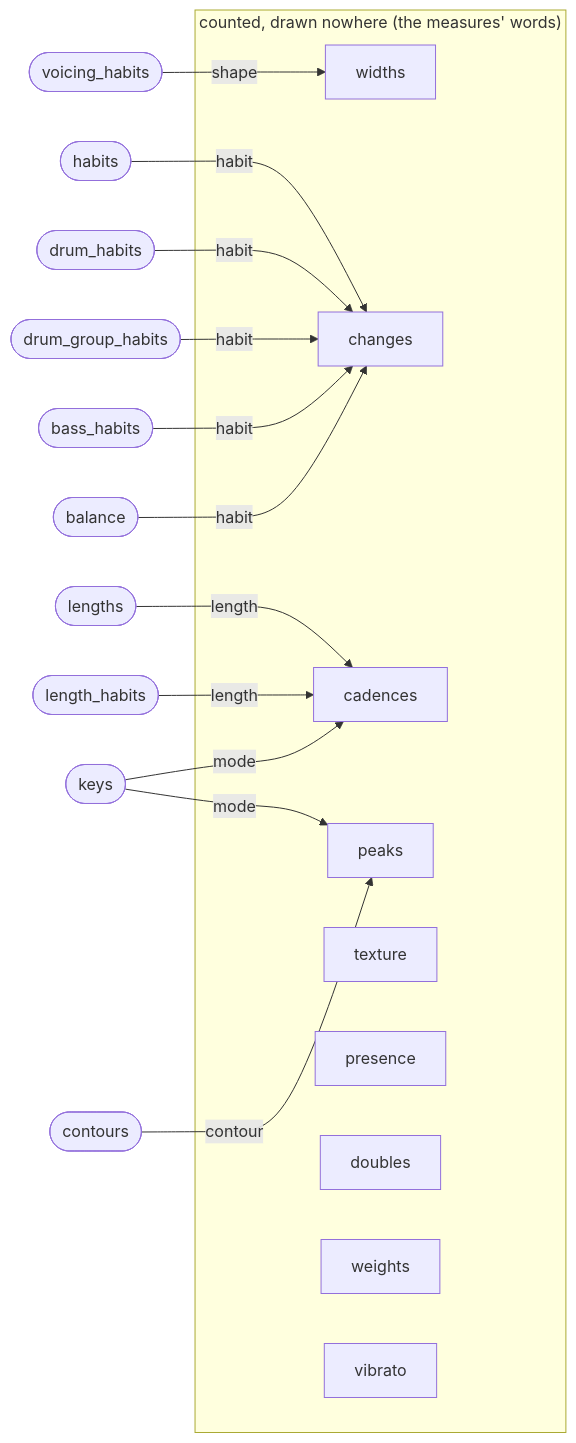
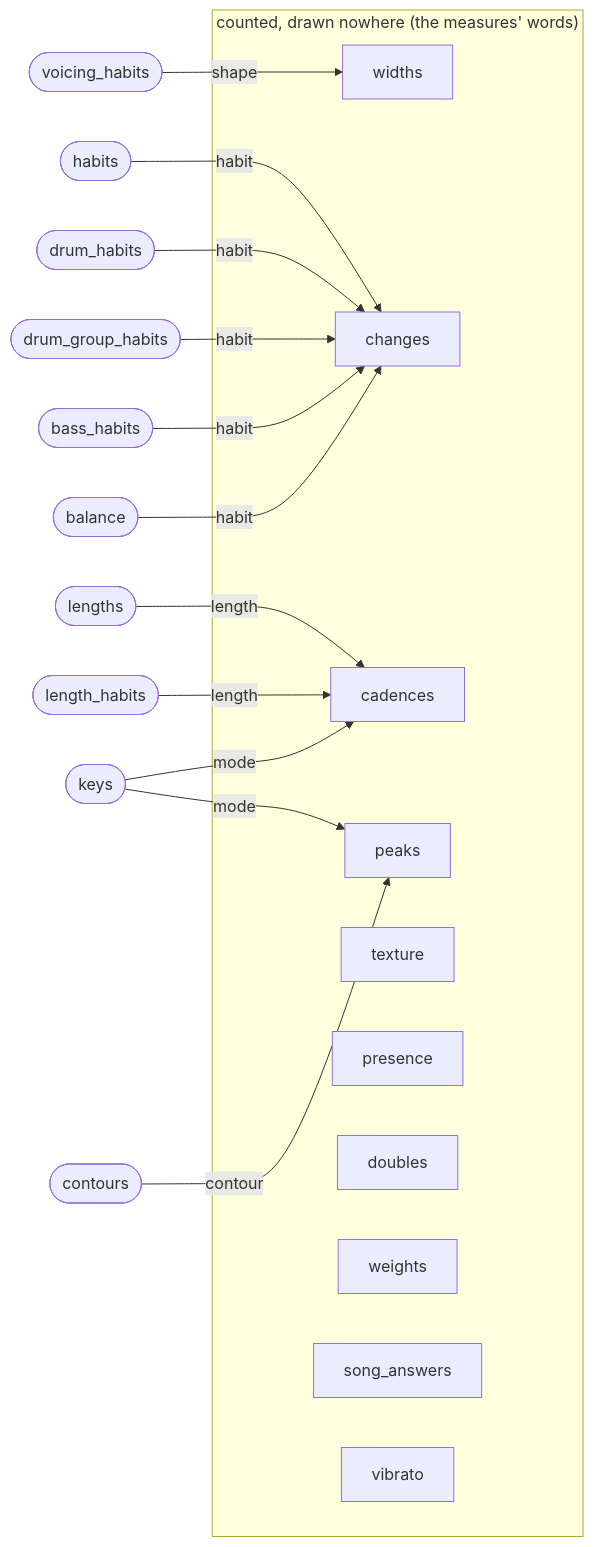
One commit to CatDogBark/bitComposer changed the ninth of 9 diagrams in docs/idiom/vocabulary-map.md. Above: the diagram before and after it, drawn with Mermaid. The commit also changed other lines of this file and 15 other files, not shown here.

First line of the commit message:
Round 172: a song's own answers to the once-a-song words, before the pool

````diff
--- a/docs/idiom/vocabulary-map.md
+++ b/docs/idiom/vocabulary-map.md
@@ -599,35 +600,36 @@
 ```mermaid
 flowchart LR
   balance(["balance"])
   bass_habits(["bass_habits"])
   contours(["contours"])
   drum_group_habits(["drum_group_habits"])
   drum_habits(["drum_habits"])
   habits(["habits"])
   keys(["keys"])
   length_habits(["length_habits"])
   lengths(["lengths"])
   voicing_habits(["voicing_habits"])
   subgraph stage_unused["counted, drawn nowhere (the measures' words)"]
     widths["widths"]
     changes["changes"]
     cadences["cadences"]
     peaks["peaks"]
     texture["texture"]
     presence["presence"]
     doubles["doubles"]
     weights["weights"]
+    song_answers["song_answers"]
     vibrato["vibrato"]
   end
   balance -- habit --> changes
   bass_habits -- habit --> changes
   contours -- contour --> peaks
   drum_group_habits -- habit --> changes
   drum_habits -- habit --> changes
   habits -- habit --> changes
   keys -- mode --> cadences
   keys -- mode --> peaks
   length_habits -- length --> cadences
   lengths -- length --> cadences
   voicing_habits -- shape --> widths
 ```
````
